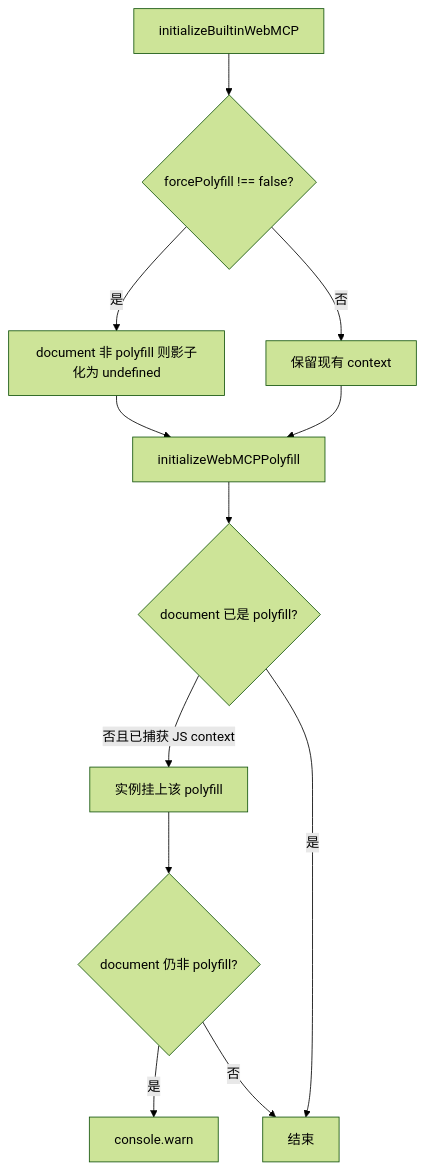
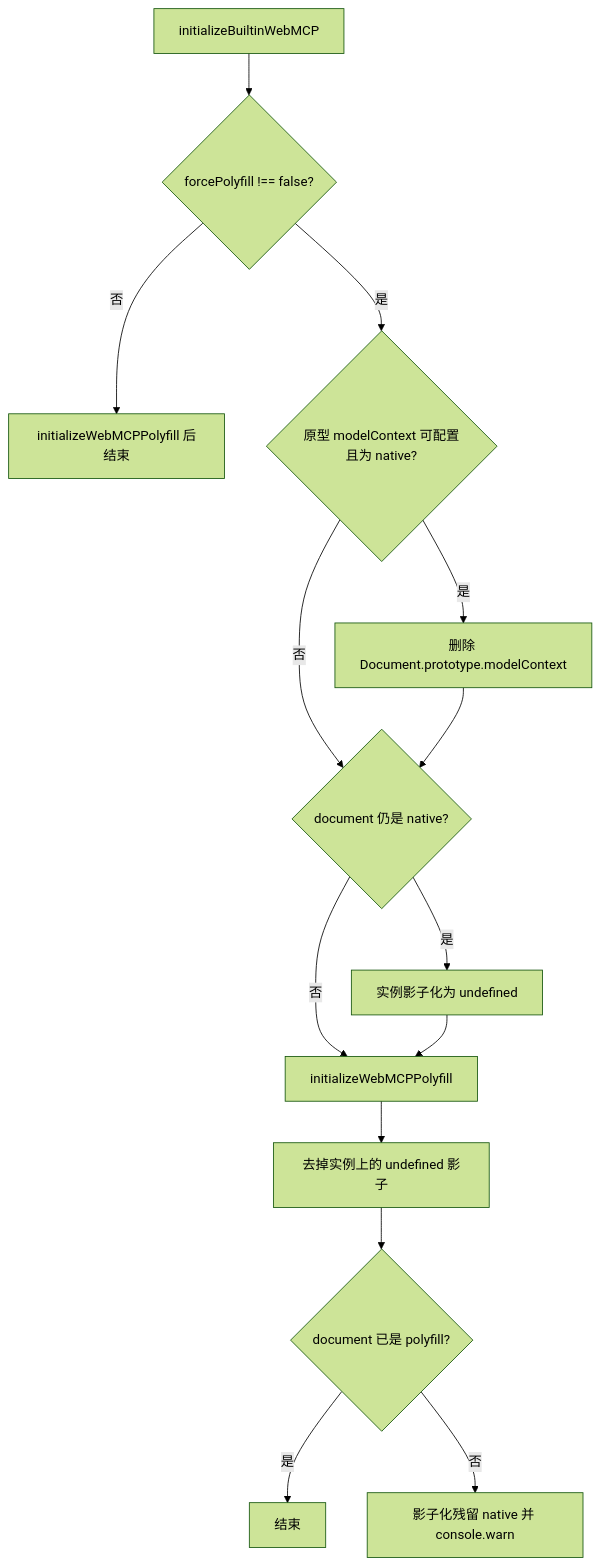
Before and after one commit to opentiny/webmcp-sdk: the diagram in packages/next-sdk/specs/REQ-20260904-force-webmcp-polyfill/design.md, drawn with Mermaid (forest theme). The commit also changed other lines of this file and 4 other files, not shown here.

First line of the commit message:
feat(next-sdk): enhance WebMCP polyfill initialization by removing native modelContext from Document and improving context handling

````diff
--- a/packages/next-sdk/specs/REQ-20260904-force-webmcp-polyfill/design.md
+++ b/packages/next-sdk/specs/REQ-20260904-force-webmcp-polyfill/design.md
@@ -67,14 +59,16 @@
 ```mermaid
 flowchart TD
   A[initializeBuiltinWebMCP] --> B{forcePolyfill !== false?}
-  B -->|是| C[document 非 polyfill 则影子化为 undefined]
-  B -->|否| D[保留现有 context]
-  C --> E[initializeWebMCPPolyfill]
-  D --> E
-  E --> F{document 已是 polyfill?}
-  F -->|否且已捕获 JS context| G[实例挂上该 polyfill]
-  F -->|是| H[结束]
-  G --> I{document 仍非 polyfill?}
-  I -->|是| J[console.warn]
-  I -->|否| H
+  B -->|否| D[initializeWebMCPPolyfill 后结束]
+  B -->|是| C{原型 modelContext 可配置且为 native?}
+  C -->|是| P[删除 Document.prototype.modelContext]
+  C -->|否| S
+  P --> S{document 仍是 native?}
+  S -->|是| T[实例影子化为 undefined]
+  S -->|否| E
+  T --> E[initializeWebMCPPolyfill]
+  E --> F[去掉实例上的 undefined 影子]
+  F --> G{document 已是 polyfill?}
+  G -->|是| H[结束]
+  G -->|否| J[影子化残留 native 并 console.warn]
 ```
````
